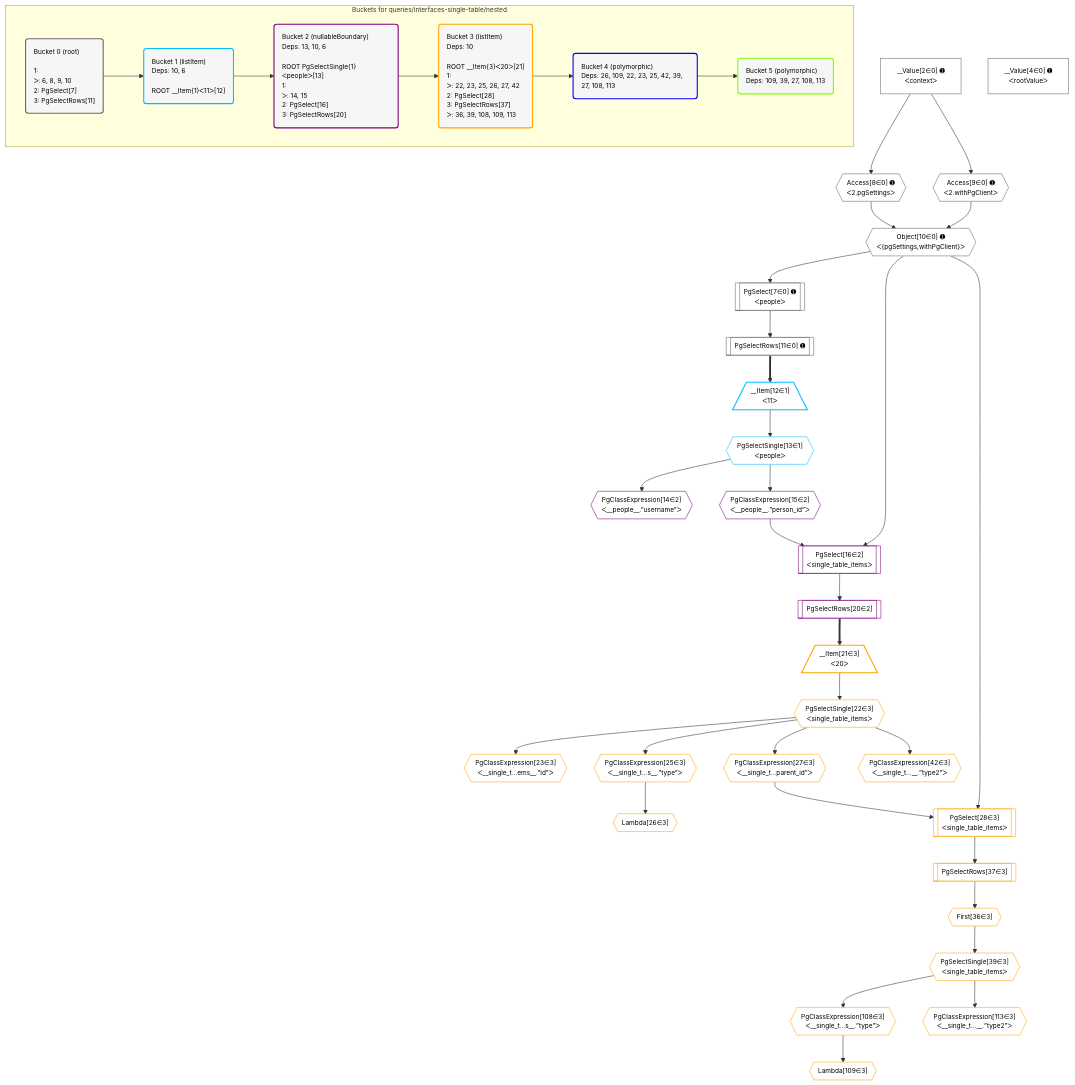
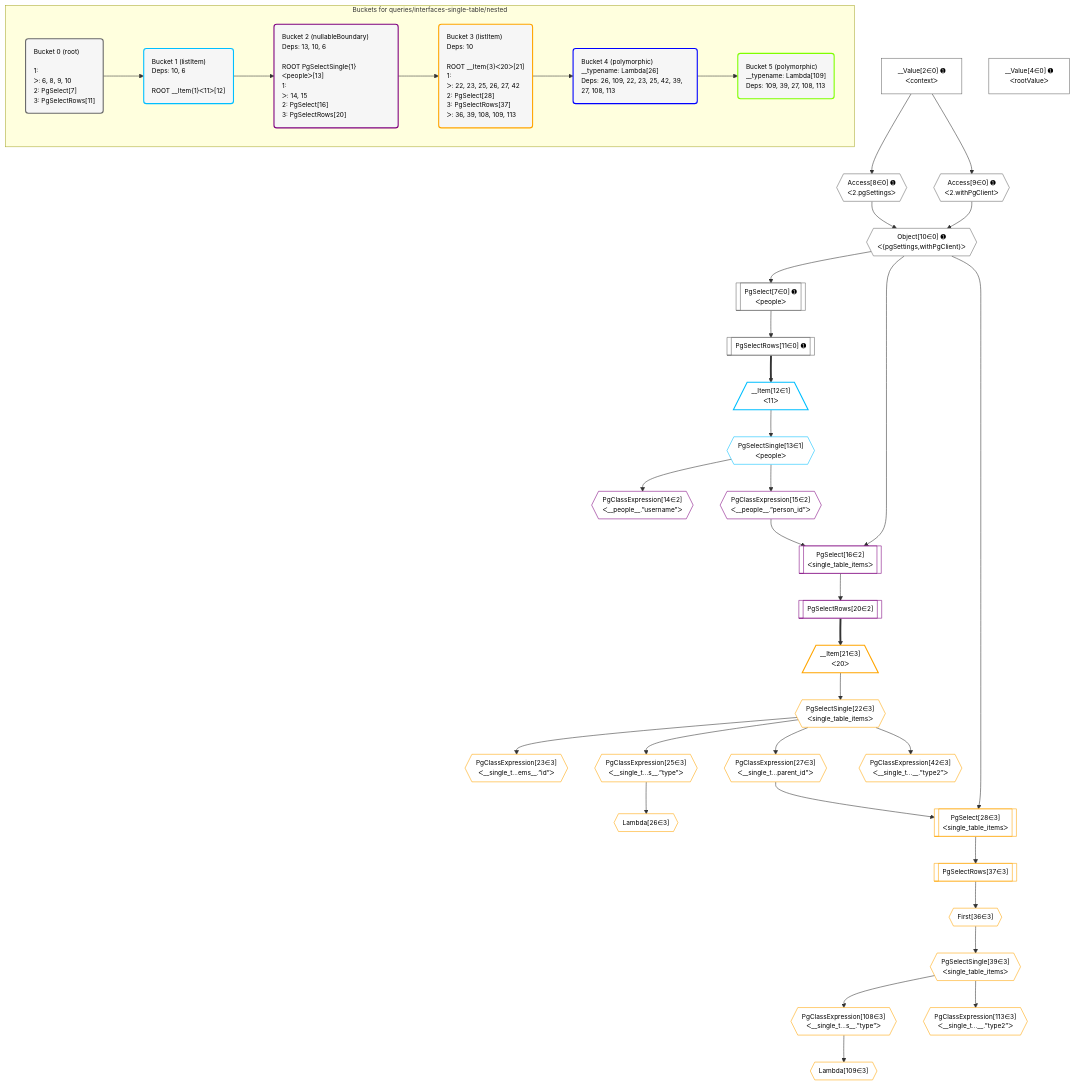
One commit to graphile/crystal changed the diagram in grafast/dataplan-pg/__tests__/queries/interfaces-single-table/nested.deopt.mermaid. Above: the diagram before and after it, drawn with Mermaid. The commit also changed 91 other files, not shown here.

Commit message:
Update plan diagrams

```diff
--- a/grafast/dataplan-pg/__tests__/queries/interfaces-single-table/nested.deopt.mermaid
+++ b/grafast/dataplan-pg/__tests__/queries/interfaces-single-table/nested.deopt.mermaid
@@ -1,90 +1,90 @@
 %%{init: {'themeVariables': { 'fontSize': '12px'}}}%%
 graph TD
     classDef path fill:#eee,stroke:#000,color:#000
     classDef plan fill:#fff,stroke-width:1px,color:#000
     classDef itemplan fill:#fff,stroke-width:2px,color:#000
     classDef unbatchedplan fill:#dff,stroke-width:1px,color:#000
     classDef sideeffectplan fill:#fcc,stroke-width:2px,color:#000
     classDef bucket fill:#f6f6f6,color:#000,stroke-width:2px,text-align:left
 
     subgraph "Buckets for queries/interfaces-single-table/nested"
     Bucket0("Bucket 0 (root)<br /><br />1: <br />ᐳ: 6, 8, 9, 10<br />2: PgSelect[7]<br />3: PgSelectRows[11]"):::bucket
     Bucket1("Bucket 1 (listItem)<br />Deps: 10, 6<br /><br />ROOT __Item{1}ᐸ11ᐳ[12]"):::bucket
     Bucket2("Bucket 2 (nullableBoundary)<br />Deps: 13, 10, 6<br /><br />ROOT PgSelectSingle{1}ᐸpeopleᐳ[13]<br />1: <br />ᐳ: 14, 15<br />2: PgSelect[16]<br />3: PgSelectRows[20]"):::bucket
     Bucket3("Bucket 3 (listItem)<br />Deps: 10<br /><br />ROOT __Item{3}ᐸ20ᐳ[21]<br />1: <br />ᐳ: 22, 23, 25, 26, 27, 42<br />2: PgSelect[28]<br />3: PgSelectRows[37]<br />ᐳ: 36, 39, 108, 109, 113"):::bucket
-    Bucket4("Bucket 4 (polymorphic)<br />Deps: 26, 109, 22, 23, 25, 42, 39, 27, 108, 113"):::bucket
-    Bucket5("Bucket 5 (polymorphic)<br />Deps: 109, 39, 27, 108, 113"):::bucket
+    Bucket4("Bucket 4 (polymorphic)<br />__typename: Lambda[26]<br />Deps: 26, 109, 22, 23, 25, 42, 39, 27, 108, 113"):::bucket
+    Bucket5("Bucket 5 (polymorphic)<br />__typename: Lambda[109]<br />Deps: 109, 39, 27, 108, 113"):::bucket
     end
     Bucket0 --> Bucket1
     Bucket1 --> Bucket2
     Bucket2 --> Bucket3
     Bucket3 --> Bucket4
     Bucket4 --> Bucket5
 
     %% plan dependencies
     PgSelect7[["PgSelect[7∈0] ➊<br />ᐸpeopleᐳ"]]:::plan
     Object10{{"Object[10∈0] ➊<br />ᐸ{pgSettings,withPgClient}ᐳ"}}:::plan
     Object10 --> PgSelect7
     Access8{{"Access[8∈0] ➊<br />ᐸ2.pgSettingsᐳ"}}:::plan
     Access9{{"Access[9∈0] ➊<br />ᐸ2.withPgClientᐳ"}}:::plan
     Access8 & Access9 --> Object10
     __Value2["__Value[2∈0] ➊<br />ᐸcontextᐳ"]:::plan
     __Value2 --> Access8
     __Value2 --> Access9
     PgSelectRows11[["PgSelectRows[11∈0] ➊"]]:::plan
     PgSelect7 --> PgSelectRows11
     __Value4["__Value[4∈0] ➊<br />ᐸrootValueᐳ"]:::plan
     __Item12[/"__Item[12∈1]<br />ᐸ11ᐳ"\]:::itemplan
     PgSelectRows11 ==> __Item12
     PgSelectSingle13{{"PgSelectSingle[13∈1]<br />ᐸpeopleᐳ"}}:::plan
     __Item12 --> PgSelectSingle13
     PgSelect16[["PgSelect[16∈2]<br />ᐸsingle_table_itemsᐳ"]]:::plan
     PgClassExpression15{{"PgClassExpression[15∈2]<br />ᐸ__people__.”person_id”ᐳ"}}:::plan
     Object10 & PgClassExpression15 --> PgSelect16
     PgClassExpression14{{"PgClassExpression[14∈2]<br />ᐸ__people__.”username”ᐳ"}}:::plan
     PgSelectSingle13 --> PgClassExpression14
     PgSelectSingle13 --> PgClassExpression15
     PgSelectRows20[["PgSelectRows[20∈2]"]]:::plan
     PgSelect16 --> PgSelectRows20
     PgSelect28[["PgSelect[28∈3]<br />ᐸsingle_table_itemsᐳ"]]:::plan
     PgClassExpression27{{"PgClassExpression[27∈3]<br />ᐸ__single_t...parent_id”ᐳ"}}:::plan
     Object10 & PgClassExpression27 --> PgSelect28
     __Item21[/"__Item[21∈3]<br />ᐸ20ᐳ"\]:::itemplan
     PgSelectRows20 ==> __Item21
     PgSelectSingle22{{"PgSelectSingle[22∈3]<br />ᐸsingle_table_itemsᐳ"}}:::plan
     __Item21 --> PgSelectSingle22
     PgClassExpression23{{"PgClassExpression[23∈3]<br />ᐸ__single_t...ems__.”id”ᐳ"}}:::plan
     PgSelectSingle22 --> PgClassExpression23
     PgClassExpression25{{"PgClassExpression[25∈3]<br />ᐸ__single_t...s__.”type”ᐳ"}}:::plan
     PgSelectSingle22 --> PgClassExpression25
     Lambda26{{"Lambda[26∈3]"}}:::plan
     PgClassExpression25 --> Lambda26
     PgSelectSingle22 --> PgClassExpression27
     First36{{"First[36∈3]"}}:::plan
     PgSelectRows37[["PgSelectRows[37∈3]"]]:::plan
     PgSelectRows37 --> First36
     PgSelect28 --> PgSelectRows37
     PgSelectSingle39{{"PgSelectSingle[39∈3]<br />ᐸsingle_table_itemsᐳ"}}:::plan
     First36 --> PgSelectSingle39
     PgClassExpression42{{"PgClassExpression[42∈3]<br />ᐸ__single_t...__.”type2”ᐳ"}}:::plan
     PgSelectSingle22 --> PgClassExpression42
     PgClassExpression108{{"PgClassExpression[108∈3]<br />ᐸ__single_t...s__.”type”ᐳ"}}:::plan
     PgSelectSingle39 --> PgClassExpression108
     Lambda109{{"Lambda[109∈3]"}}:::plan
     PgClassExpression108 --> Lambda109
     PgClassExpression113{{"PgClassExpression[113∈3]<br />ᐸ__single_t...__.”type2”ᐳ"}}:::plan
     PgSelectSingle39 --> PgClassExpression113
 
     %% define steps
     classDef bucket0 stroke:#696969
     class Bucket0,__Value2,__Value4,PgSelect7,Access8,Access9,Object10,PgSelectRows11 bucket0
     classDef bucket1 stroke:#00bfff
     class Bucket1,__Item12,PgSelectSingle13 bucket1
     classDef bucket2 stroke:#7f007f
     class Bucket2,PgClassExpression14,PgClassExpression15,PgSelect16,PgSelectRows20 bucket2
     classDef bucket3 stroke:#ffa500
     class Bucket3,__Item21,PgSelectSingle22,PgClassExpression23,PgClassExpression25,Lambda26,PgClassExpression27,PgSelect28,First36,PgSelectRows37,PgSelectSingle39,PgClassExpression42,PgClassExpression108,Lambda109,PgClassExpression113 bucket3
     classDef bucket4 stroke:#0000ff
     class Bucket4 bucket4
     classDef bucket5 stroke:#7fff00
     class Bucket5 bucket5
```
